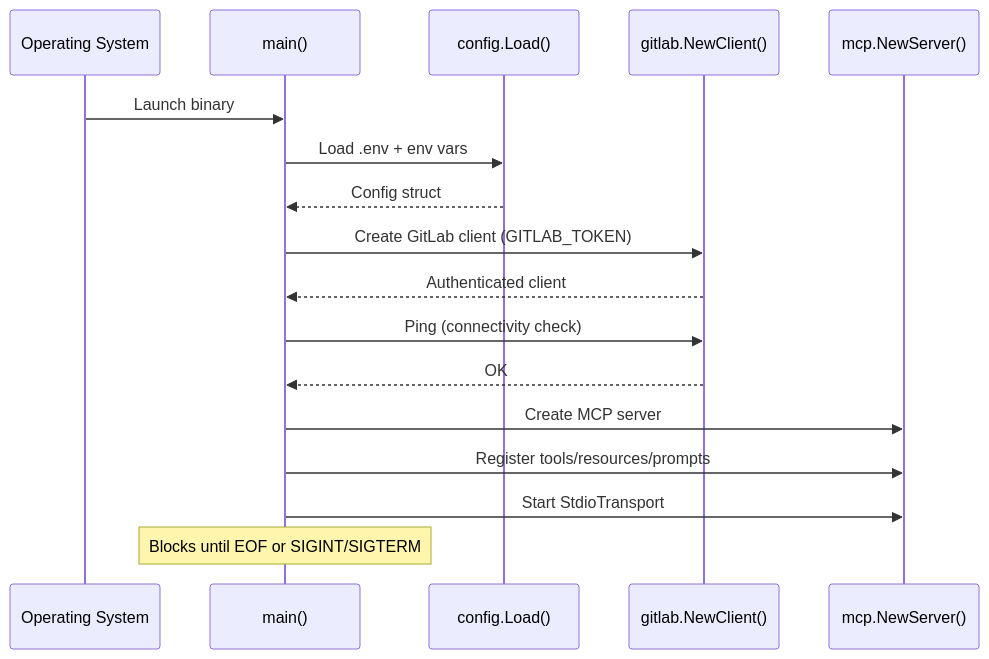
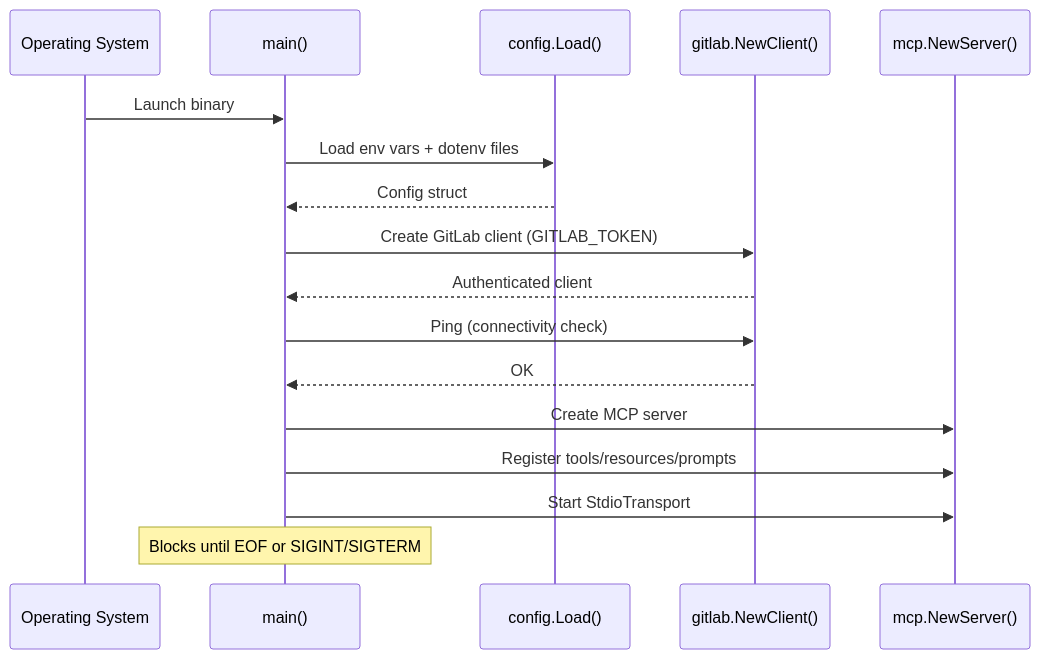
Diagram 11 of 12 in docs/concepts/architecture.md (jmrplens/gitlab-mcp-server), drawn with Mermaid before and after one commit. The commit also changed other lines of this file and 197 other files, not shown here.

````diff
--- a/docs/concepts/architecture.md
+++ b/docs/concepts/architecture.md
@@ -526,20 +526,20 @@
 ```mermaid
 sequenceDiagram
     participant OS as Operating System
     participant Main as main()
     participant Config as config.Load()
     participant GL as gitlab.NewClient()
     participant MCP as mcp.NewServer()
 
     OS->>Main: Launch binary
-    Main->>Config: Load .env + env vars
+    Main->>Config: Load env vars + dotenv files
     Config-->>Main: Config struct
     Main->>GL: Create GitLab client (GITLAB_TOKEN)
     GL-->>Main: Authenticated client
     Main->>GL: Ping (connectivity check)
     GL-->>Main: OK
     Main->>MCP: Create MCP server
     Main->>MCP: Register tools/resources/prompts
     Main->>MCP: Start StdioTransport
     Note over Main: Blocks until EOF or SIGINT/SIGTERM
 ```
````
